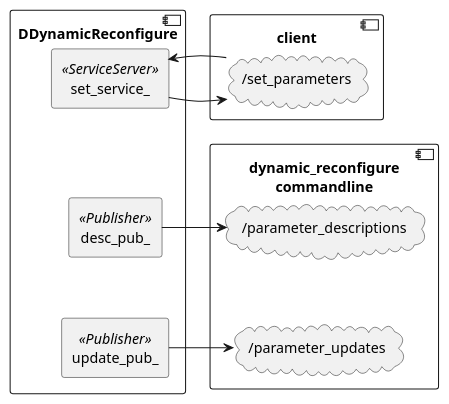
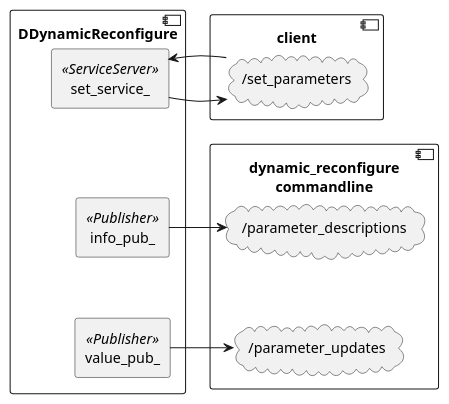
Before and after one commit to Noam-Dori/dynamica: the diagram in uml/ros_struct.puml, drawn with PlantUML. The commit also changed 4 other files, not shown here.

```diff
--- a/uml/ros_struct.puml
+++ b/uml/ros_struct.puml
@@ -1,22 +1,22 @@
 @startuml
 component DDynamicReconfigure as ddr {
-    rectangle update_pub_ <<Publisher>> as uppub
-    rectangle desc_pub_ <<Publisher>> as descpub
+    rectangle value_pub_ <<Publisher>> as uppub
+    rectangle info_pub_ <<Publisher>> as descpub
     rectangle set_service_ <<ServiceServer>> as set
     set -[hidden]->descpub
     descpub -[hidden]->uppub
 }
 component client {
     cloud "/set_parameters" as pset
 }
 component dynamic_reconfigure\ncommandline {
     cloud "/parameter_descriptions" as pdesc
     cloud "/parameter_updates" as pup
     pdesc -[hidden]->pup
 }
 
 uppub -> pup
 descpub -> pdesc
 set -> pset
 pset -l-> set
 @enduml
```
